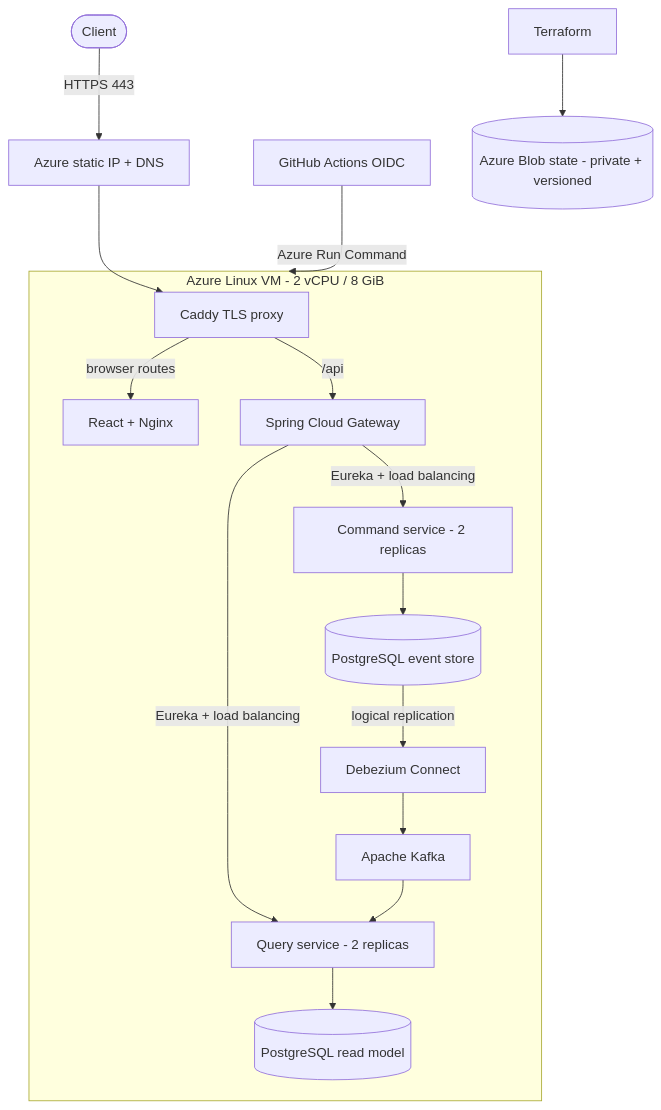
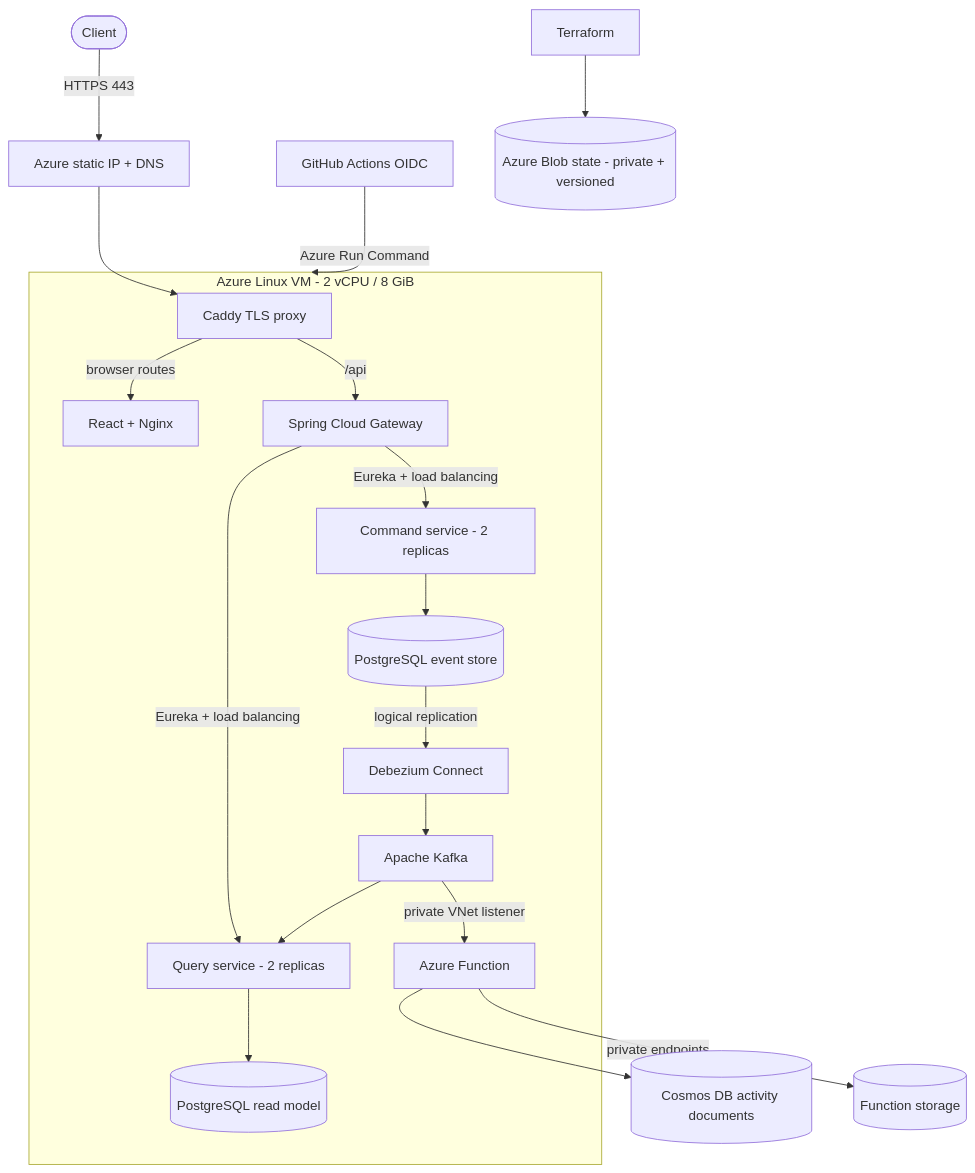
Before and after one commit to karacsonybarni/event-sourced-cqrs-microservices: the diagram in docs/azure-deployment.md, drawn with Mermaid. The commit also changed other lines of this file and 24 other files, not shown here.

Commit message:
Deploy serverless Cosmos activity projection

````diff
--- a/docs/azure-deployment.md
+++ b/docs/azure-deployment.md
@@ -17,20 +17,24 @@
 ```mermaid
 flowchart TB
     Internet([Client]) -->|HTTPS 443| IP[Azure static IP + DNS]
     IP --> Caddy[Caddy TLS proxy]
 
     subgraph VM[Azure Linux VM - 2 vCPU / 8 GiB]
         Caddy -->|browser routes| Frontend[React + Nginx]
         Caddy -->|/api| Gateway[Spring Cloud Gateway]
         Gateway -->|Eureka + load balancing| Command[Command service - 2 replicas]
         Gateway -->|Eureka + load balancing| Query[Query service - 2 replicas]
         Command --> EventStore[(PostgreSQL event store)]
         EventStore -->|logical replication| Debezium[Debezium Connect]
         Debezium --> Kafka[Apache Kafka]
         Kafka --> Query
         Query --> QueryDB[(PostgreSQL read model)]
+        Kafka -->|private VNet listener| Function[Azure Function]
     end
+
+    Function --> Cosmos[(Cosmos DB activity documents)]
+    Function -->|private endpoints| FunctionStorage[(Function storage)]
 
     GitHub[GitHub Actions OIDC] -->|Azure Run Command| VM
     Terraform[Terraform] --> State[(Azure Blob state - private + versioned)]
 ```
````
